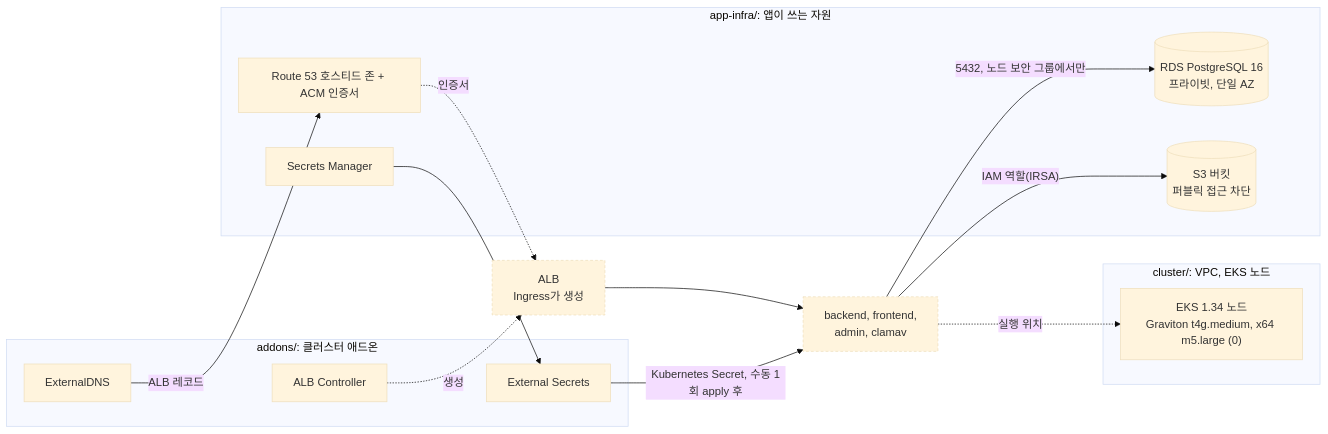
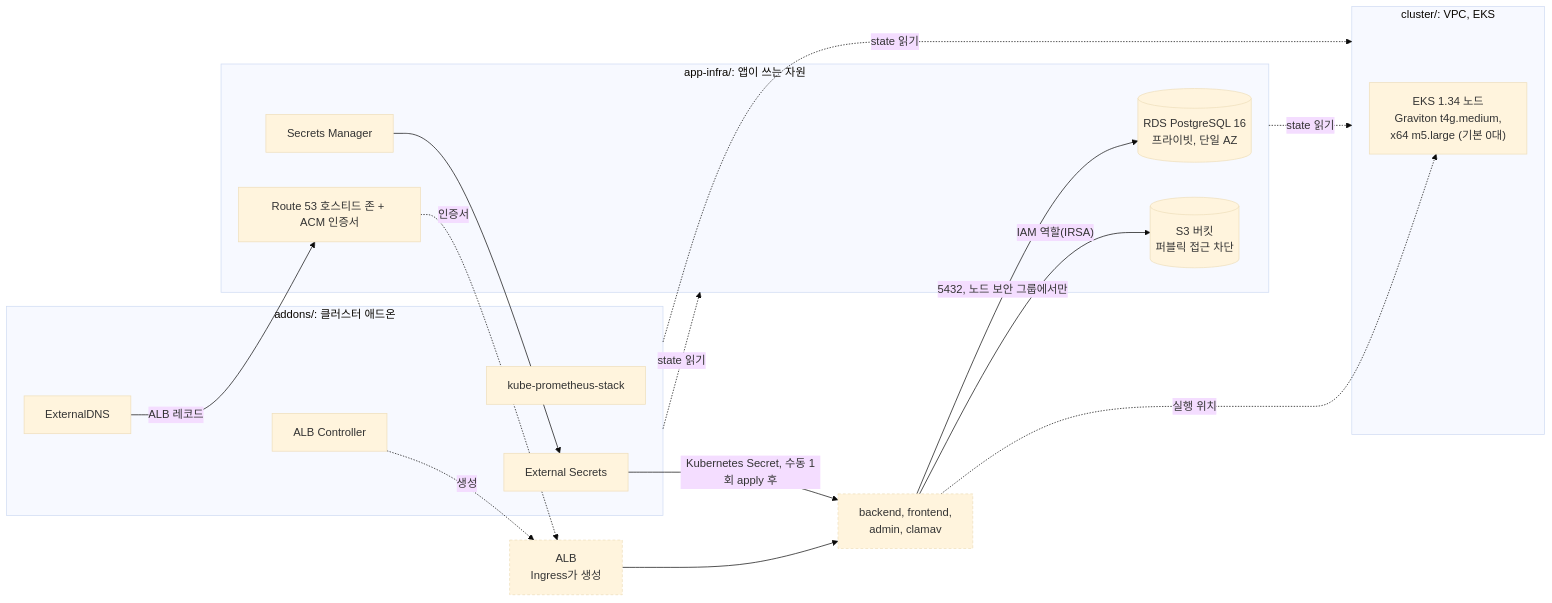
One commit to Bluecode77732/Upload-Board-Project changed the fourth of 4 diagrams in README.ko.md. Above: the diagram before and after it, drawn with Mermaid (base theme). The commit also changed other lines of this file and 3 other files, not shown here.

````diff
--- a/README.ko.md
+++ b/README.ko.md
@@ -213,28 +212,32 @@
 ```mermaid
 flowchart LR
-  subgraph C["cluster/: VPC, EKS 노드"]
-    NODES["EKS 1.34 노드<br/>Graviton t4g.medium, x64 m5.large (0)"]
+  subgraph C["cluster/: VPC, EKS"]
+    NODES["EKS 1.34 노드<br/>Graviton t4g.medium,<br/>x64 m5.large (기본 0대)"]
   end
   subgraph A["app-infra/: 앱이 쓰는 자원"]
     RDS[("RDS PostgreSQL 16<br/>프라이빗, 단일 AZ")]
     S3[("S3 버킷<br/>퍼블릭 접근 차단")]
     SM["Secrets Manager"]
     DNS["Route 53 호스티드 존 + ACM 인증서"]
   end
   subgraph D["addons/: 클러스터 애드온"]
     LBC["ALB Controller"]
     ESO["External Secrets"]
     EDNS["ExternalDNS"]
+    PROM["kube-prometheus-stack"]
   end
+  A -. "state 읽기" .-> C
+  D -. "state 읽기" .-> C
+  D -. "state 읽기" .-> A
   ALB["ALB<br/>Ingress가 생성"]:::rt
   APP["backend, frontend,<br/>admin, clamav"]:::rt
   LBC -. "생성" .-> ALB
   ALB --> APP
   APP -. "실행 위치" .-> NODES
   APP -- "5432, 노드 보안 그룹에서만" --> RDS
   APP -- "IAM 역할(IRSA)" --> S3
   SM --> ESO -- "Kubernetes Secret, 수동 1회 apply 후" --> APP
   EDNS -- "ALB 레코드" --> DNS
   DNS -. "인증서" .-> ALB
   classDef rt stroke-dasharray:4 3
 ```
````
